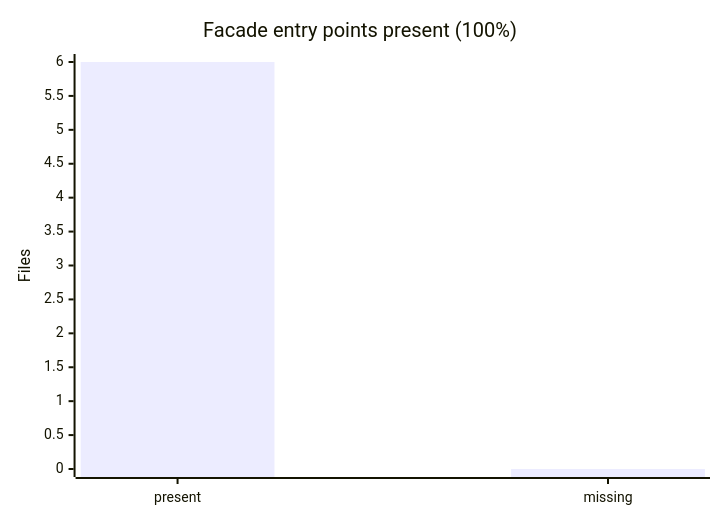
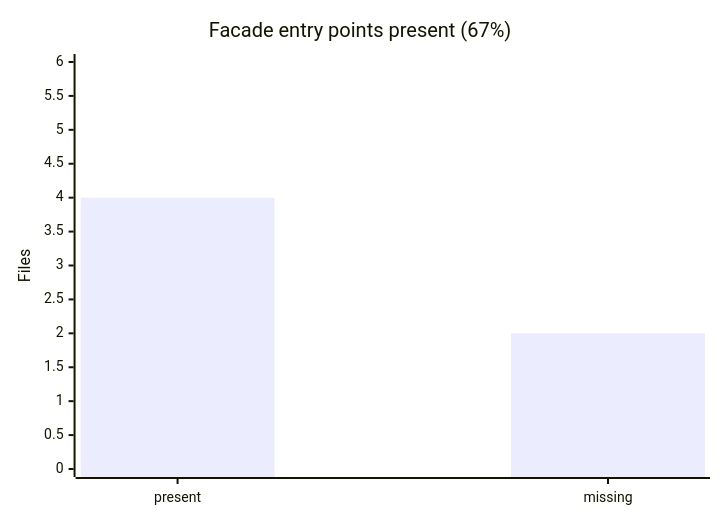
One commit to Mohammed-Alama/php-arazzo changed the diagram in docs/generated/modularization-progress.md. Above: the diagram before and after it, drawn with Mermaid. The commit also changed other lines of this file and 23 other files, not shown here.

````diff
--- a/docs/generated/modularization-progress.md
+++ b/docs/generated/modularization-progress.md
@@ -16,7 +16,7 @@
 ```mermaid
 xychart-beta
-    title "Facade entry points present (100%)"
+    title "Facade entry points present (67%)"
     x-axis ["present", "missing"]
     y-axis "Files" 0 --> 6
-    bar [6, 0]
+    bar [4, 2]
 ```
````
